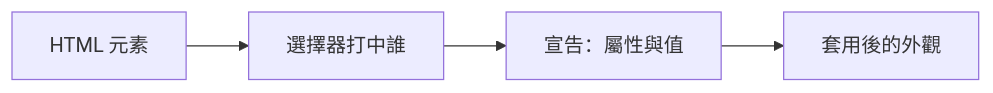
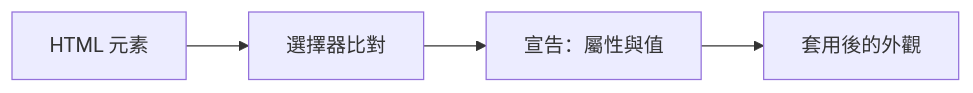
One commit to summer10920/summer10920.github.io changed the first of 3 diagrams in source/_posts/lokiTech-15day-03-css.md. Above: the diagram before and after it, drawn with Mermaid. The commit also changed other lines of this file and 17 other files, not shown here.

```diff
--- a/source/_posts/lokiTech-15day-03-css.md
+++ b/source/_posts/lokiTech-15day-03-css.md
@@ -29,5 +29,5 @@
 {% mermaid graph LR %}
-html["HTML 元素"] --> sel["選擇器打中誰"]
+html["HTML 元素"] --> sel["選擇器比對"]
 sel --> decl["宣告：屬性與值"]
 decl --> used["套用後的外觀"]
 {% endmermaid %}
```
